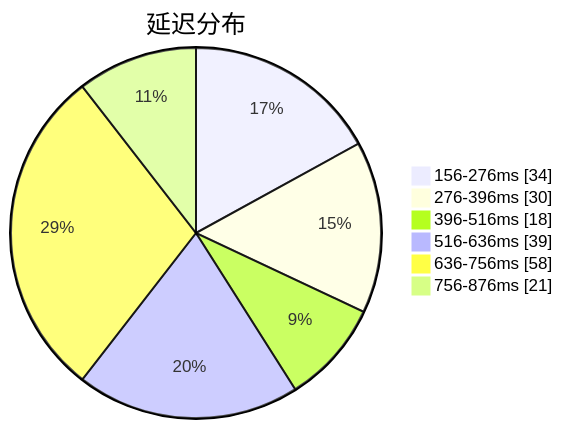
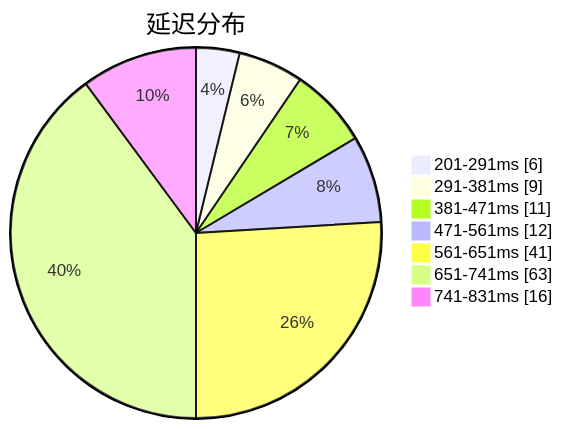
One commit to qjlxg/airport changed the first of 3 diagrams in subs/statistics/tested_within.md. Above: the diagram before and after it, drawn with Mermaid. The commit also changed other lines of this file and 2 other files, not shown here.

Commit message:
Tested by metaST

````diff
--- a/subs/statistics/tested_within.md
+++ b/subs/statistics/tested_within.md
@@ -2,10 +2,11 @@
 ```mermaid
 pie showData
 title 延迟分布
-"156-276ms" : 34
-"276-396ms" : 30
-"396-516ms" : 18
-"516-636ms" : 39
-"636-756ms" : 58
-"756-876ms" : 21
+"201-291ms" : 6
+"291-381ms" : 9
+"381-471ms" : 11
+"471-561ms" : 12
+"561-651ms" : 41
+"651-741ms" : 63
+"741-831ms" : 16
 ```
````
